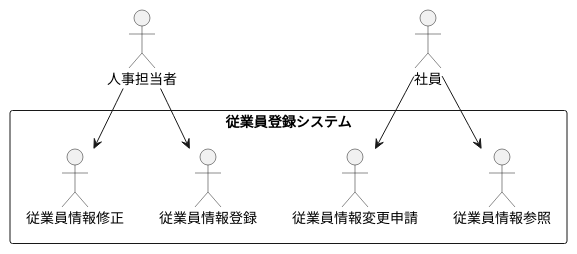
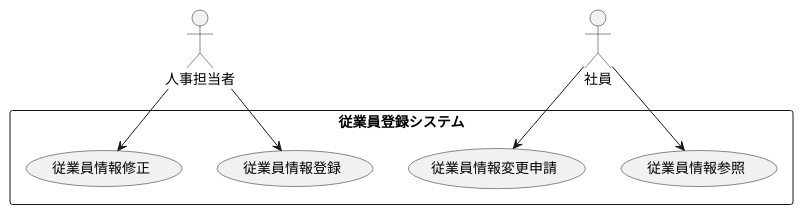
One commit to nishiyu0919/uml-introduction changed the diagram in 演習2-6_盛岡システム_従業員登録システム.pu. Above: the diagram before and after it, drawn with PlantUML.

Commit message:
例題2-6の課題修正

```diff
--- a/演習2-6_盛岡システム_従業員登録システム.pu
+++ b/演習2-6_盛岡システム_従業員登録システム.pu
@@ -1,10 +1,15 @@
 @startuml 例題2-6
 actor 人事担当者 
 actor 社員 
 rectangle 従業員登録システム {
+  usecase 従業員情報登録
+  usecase 従業員情報参照
+  usecase 従業員情報変更申請
+  usecase 従業員情報修正
+
   人事担当者 --> 従業員情報登録
   社員 --> 従業員情報参照
   社員 --> 従業員情報変更申請
   人事担当者 --> 従業員情報修正
 }
 @enduml
```
